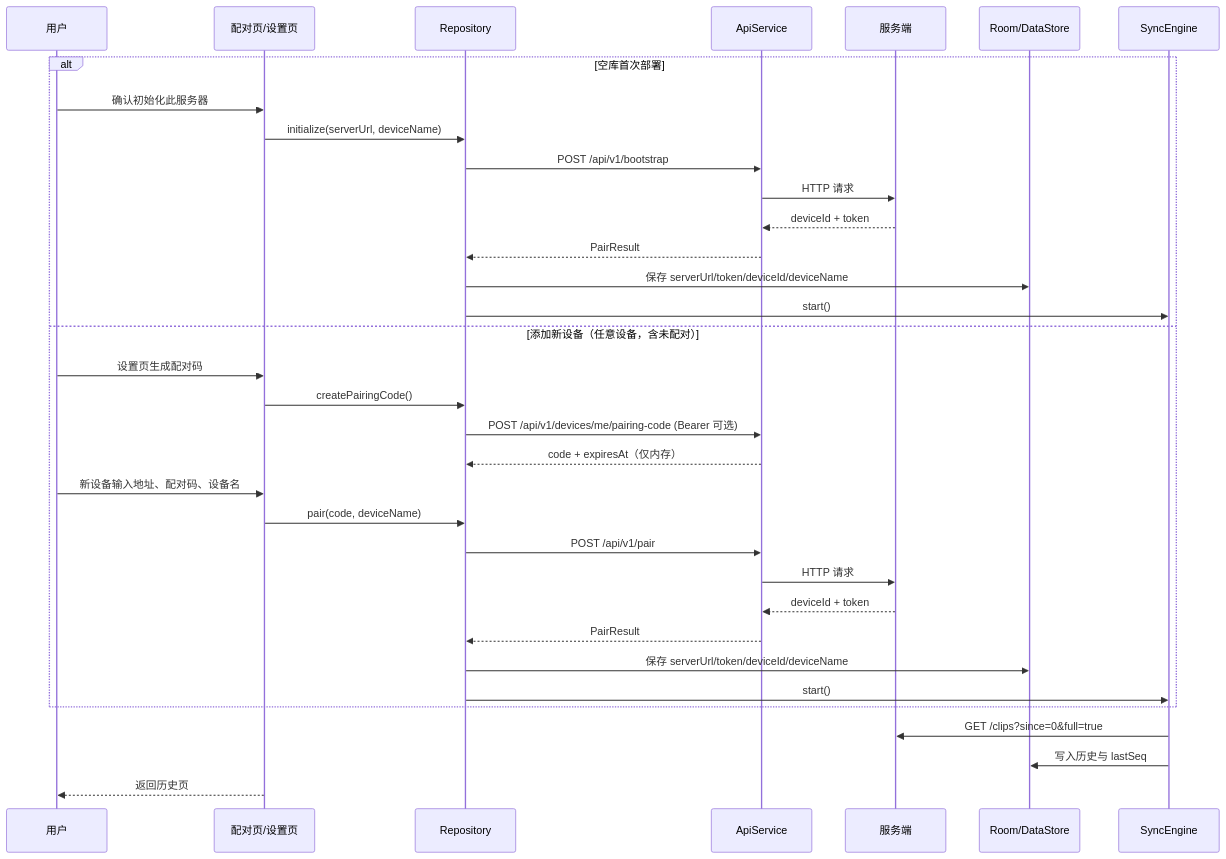
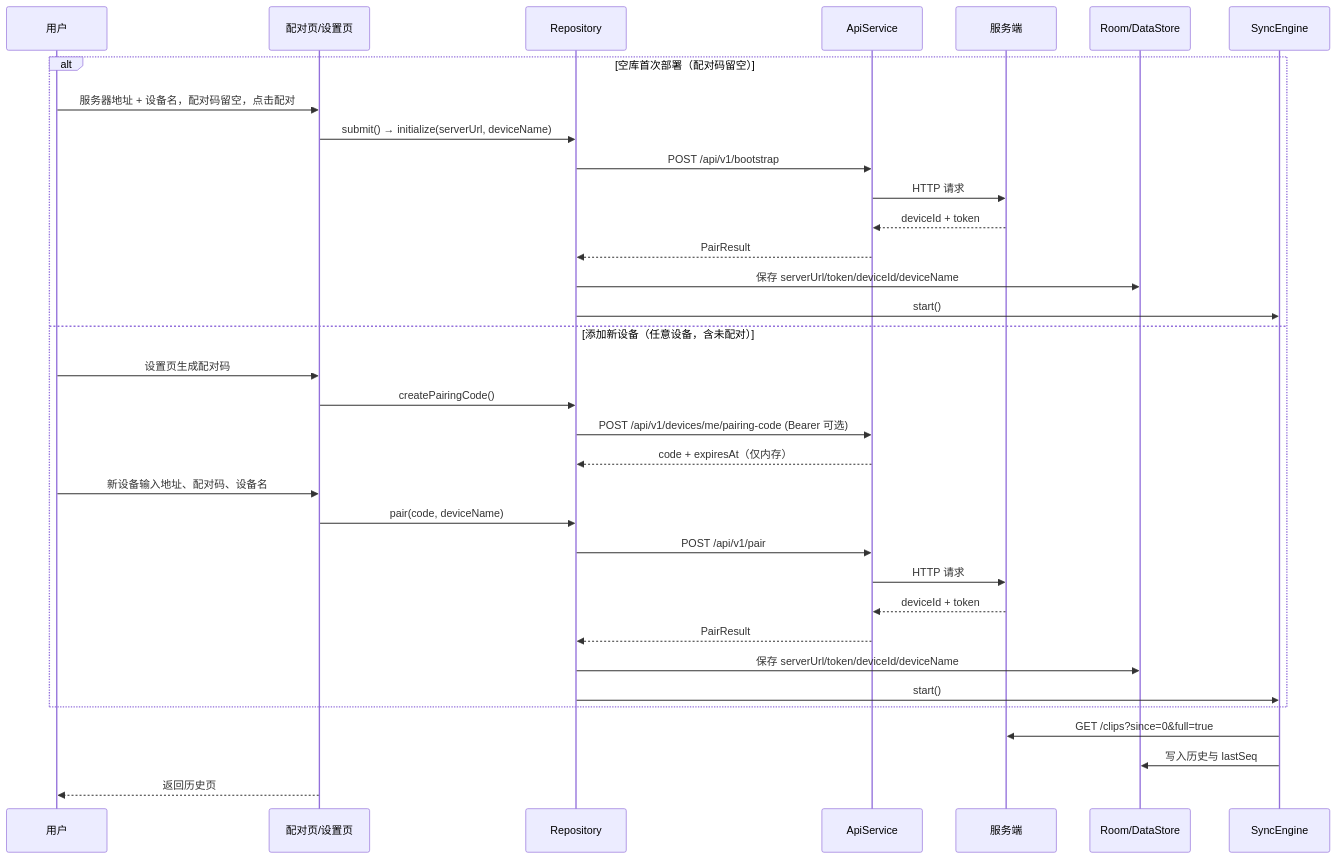
Before and after one commit to xingfengwxx/Clipbox: the fourth of 13 diagrams in docs/客户端技术架构.md, drawn with Mermaid. The commit also changed other lines of this file and 21 other files, not shown here.

````diff
--- a/docs/客户端技术架构.md
+++ b/docs/客户端技术架构.md
@@ -787,37 +787,37 @@
 ```mermaid
 sequenceDiagram
     participant U as 用户
     participant UI as 配对页/设置页
     participant R as Repository
     participant A as ApiService
     participant S as 服务端
     participant DB as Room/DataStore
     participant Sync as SyncEngine
 
-    alt 空库首次部署
-        U->>UI: 确认初始化此服务器
-        UI->>R: initialize(serverUrl, deviceName)
+    alt 空库首次部署（配对码留空）
+        U->>UI: 服务器地址 + 设备名，配对码留空，点击配对
+        UI->>R: submit() → initialize(serverUrl, deviceName)
         R->>A: POST /api/v1/bootstrap
         A->>S: HTTP 请求
         S-->>A: deviceId + token
         A-->>R: PairResult
         R->>DB: 保存 serverUrl/token/deviceId/deviceName
         R->>Sync: start()
     else 添加新设备（任意设备，含未配对）
         U->>UI: 设置页生成配对码
         UI->>R: createPairingCode()
         R->>A: POST /api/v1/devices/me/pairing-code (Bearer 可选)
         A-->>R: code + expiresAt（仅内存）
         U->>UI: 新设备输入地址、配对码、设备名
         UI->>R: pair(code, deviceName)
         R->>A: POST /api/v1/pair
         A->>S: HTTP 请求
         S-->>A: deviceId + token
         A-->>R: PairResult
         R->>DB: 保存 serverUrl/token/deviceId/deviceName
         R->>Sync: start()
     end
     Sync->>S: GET /clips?since=0&full=true
     Sync->>DB: 写入历史与 lastSeq
     UI-->>U: 返回历史页
 ```
````
